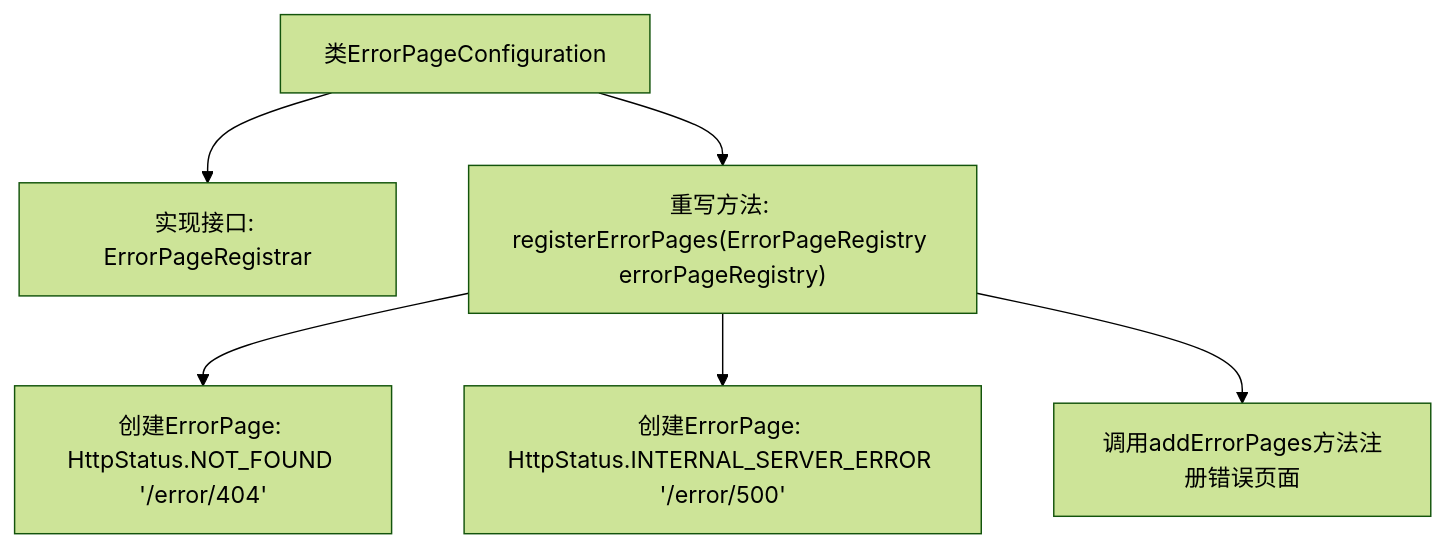
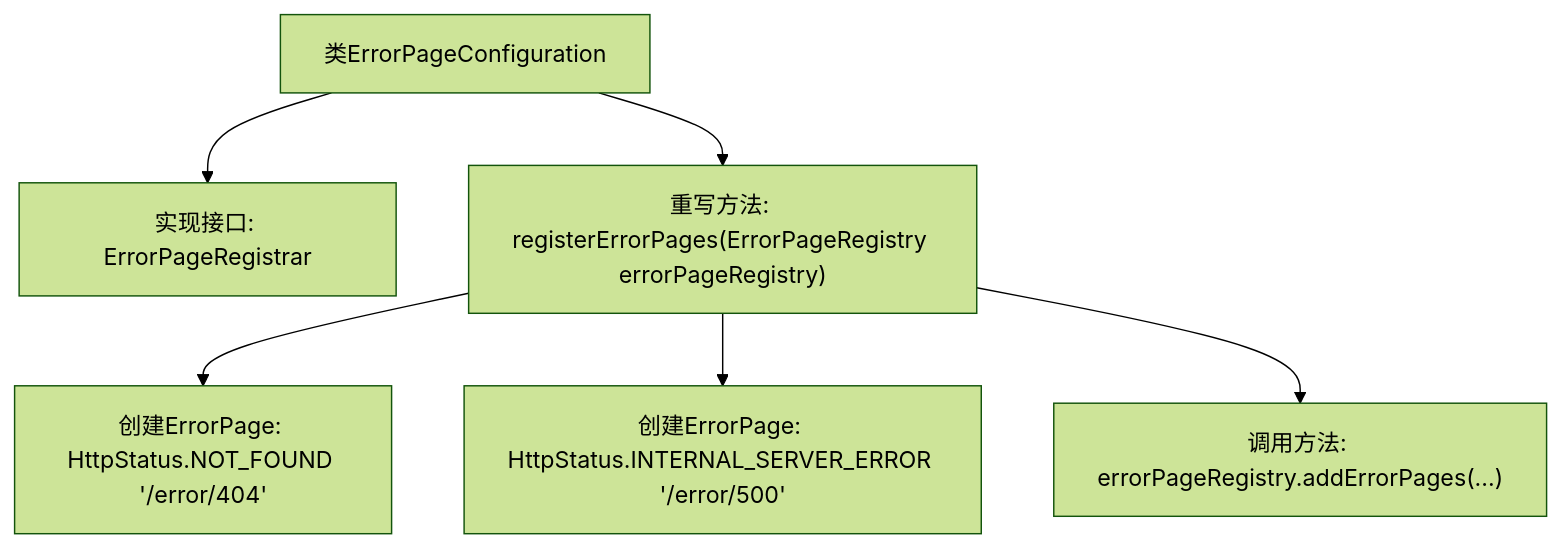
One commit to v-wjrong/binary_weixin-java-miniapp-demo changed the second of 2 diagrams in docs/zh/docs/src/main/java/com/github/binarywang/demo/wx/miniapp/error/ErrorPageConfiguration.md. Above: the diagram before and after it, drawn with Mermaid (forest theme). The commit also changed other lines of this file and 47 other files, not shown here.

````diff
--- a/docs/zh/docs/src/main/java/com/github/binarywang/demo/wx/miniapp/error/ErrorPageConfiguration.md
+++ b/docs/zh/docs/src/main/java/com/github/binarywang/demo/wx/miniapp/error/ErrorPageConfiguration.md
@@ -71,15 +71,15 @@
 ```mermaid
 graph TD
     A["类ErrorPageConfiguration"]
     B["实现接口: ErrorPageRegistrar"]
     C["重写方法: registerErrorPages(ErrorPageRegistry errorPageRegistry)"]
     D["创建ErrorPage: HttpStatus.NOT_FOUND '/error/404'"]
     E["创建ErrorPage: HttpStatus.INTERNAL_SERVER_ERROR '/error/500'"]
-    F["调用addErrorPages方法注册错误页面"]
+    F["调用方法: errorPageRegistry.addErrorPages(...)"]
     
     A --> B
     A --> C
     C --> D
     C --> E
     C --> F
 ```
````
